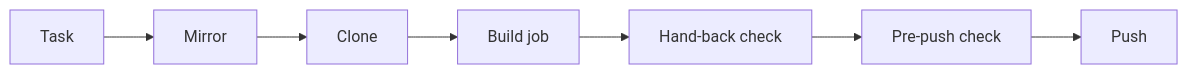
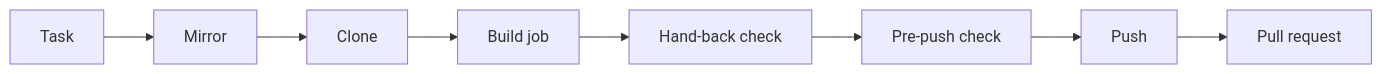
The diagram in docs/guide/running-one-task.md (shinyredapples/intakt), drawn with Mermaid before and after one commit. The commit also changed other lines of this file and 31 other files, not shown here.

Commit message:
fix(build): open the pull request of the head the push step returned, without signing again

````diff
--- a/docs/guide/running-one-task.md
+++ b/docs/guide/running-one-task.md
@@ -15,4 +15,4 @@
 ```mermaid
 flowchart LR
-  t[Task] --> m[Mirror] --> c[Clone] --> b[Build job] --> h[Hand-back check] --> p[Pre-push check] --> u[Push]
+  t[Task] --> m[Mirror] --> c[Clone] --> b[Build job] --> h[Hand-back check] --> p[Pre-push check] --> u[Push] --> r[Pull request]
 ```
````
